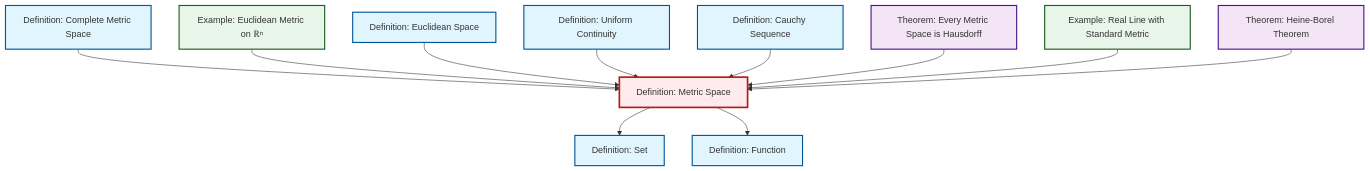
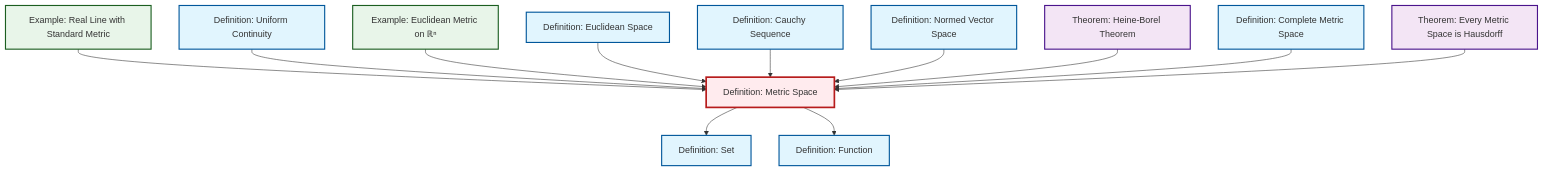
The diagram in content/ja/analysis/def-metric-space.qmd (RK0429/ModernMath), drawn with Mermaid before and after one commit. The commit also changed 581 other files, not shown here.

First line of the commit message:
feat: Add epimorphism definition and complete integral domain translations

````diff
--- a/content/ja/analysis/def-metric-space.qmd
+++ b/content/ja/analysis/def-metric-space.qmd
@@ -52,41 +52,44 @@
 ```{mermaid}
 %%| fig-cap: "Local dependency graph"
 graph TD
     classDef definition fill:#e1f5fe,stroke:#01579b,stroke-width:2px
     classDef theorem fill:#f3e5f5,stroke:#4a148c,stroke-width:2px
     classDef axiom fill:#fff3e0,stroke:#e65100,stroke-width:2px
     classDef example fill:#e8f5e9,stroke:#1b5e20,stroke-width:2px
     classDef current fill:#ffebee,stroke:#b71c1c,stroke-width:3px
-    def-cauchy-sequence["Definition: Cauchy Sequence"]:::definition
-    thm-metric-hausdorff["Theorem: Every Metric Space is Hausdorff"]:::theorem
+    def-normed-vector-space["Definition: Normed Vector Space"]:::definition
+    ex-real-line-metric["Example: Real Line with Standard Metric"]:::example
+    def-function["Definition: Function"]:::definition
     thm-heine-borel["Theorem: Heine-Borel Theorem"]:::theorem
-    def-complete-metric-space["Definition: Complete Metric Space"]:::definition
-    def-set["Definition: Set"]:::definition
-    def-function["Definition: Function"]:::definition
-    def-metric-space["Definition: Metric Space"]:::definition
-    ex-euclidean-metric["Example: Euclidean Metric on ℝⁿ"]:::example
-    ex-real-line-metric["Example: Real Line with Standard Metric"]:::example
     def-euclidean-space["Definition: Euclidean Space"]:::definition
     def-uniform-continuity["Definition: Uniform Continuity"]:::definition
+    thm-metric-hausdorff["Theorem: Every Metric Space is Hausdorff"]:::theorem
+    ex-euclidean-metric["Example: Euclidean Metric on ℝⁿ"]:::example
+    def-metric-space["Definition: Metric Space"]:::definition
+    def-cauchy-sequence["Definition: Cauchy Sequence"]:::definition
+    def-set["Definition: Set"]:::definition
+    def-complete-metric-space["Definition: Complete Metric Space"]:::definition
+    ex-real-line-metric --> def-metric-space
+    def-uniform-continuity --> def-metric-space
+    ex-euclidean-metric --> def-metric-space
+    def-euclidean-space --> def-metric-space
+    def-cauchy-sequence --> def-metric-space
     def-metric-space --> def-set
+    def-normed-vector-space --> def-metric-space
+    thm-heine-borel --> def-metric-space
+    def-metric-space --> def-function
     def-complete-metric-space --> def-metric-space
-    ex-euclidean-metric --> def-metric-space
-    def-metric-space --> def-function
-    def-euclidean-space --> def-metric-space
-    def-uniform-continuity --> def-metric-space
-    def-cauchy-sequence --> def-metric-space
     thm-metric-hausdorff --> def-metric-space
-    ex-real-line-metric --> def-metric-space
-    thm-heine-borel --> def-metric-space
     class def-metric-space current
-    click def-cauchy-sequence "def-cauchy-sequence.html" "Definition: Cauchy Sequenceへ"
-    click thm-metric-hausdorff "thm-metric-hausdorff.html" "Theorem: Every Metric Space is Hausdorffへ"
+    click def-normed-vector-space "def-normed-vector-space.html" "Definition: Normed Vector Spaceへ"
+    click ex-real-line-metric "ex-real-line-metric.html" "Example: Real Line with Standard Metricへ"
+    click def-function "def-function.html" "Definition: Functionへ"
     click thm-heine-borel "thm-heine-borel.html" "Theorem: Heine-Borel Theoremへ"
-    click def-complete-metric-space "def-complete-metric-space.html" "Definition: Complete Metric Spaceへ"
-    click def-set "def-set.html" "Definition: Setへ"
-    click def-function "def-function.html" "Definition: Functionへ"
-    click ex-euclidean-metric "ex-euclidean-metric.html" "Example: Euclidean Metric on ℝⁿへ"
-    click ex-real-line-metric "ex-real-line-metric.html" "Example: Real Line with Standard Metricへ"
     click def-euclidean-space "def-euclidean-space.html" "Definition: Euclidean Spaceへ"
     click def-uniform-continuity "def-uniform-continuity.html" "Definition: Uniform Continuityへ"
+    click thm-metric-hausdorff "thm-metric-hausdorff.html" "Theorem: Every Metric Space is Hausdorffへ"
+    click ex-euclidean-metric "ex-euclidean-metric.html" "Example: Euclidean Metric on ℝⁿへ"
+    click def-cauchy-sequence "def-cauchy-sequence.html" "Definition: Cauchy Sequenceへ"
+    click def-set "def-set.html" "Definition: Setへ"
+    click def-complete-metric-space "def-complete-metric-space.html" "Definition: Complete Metric Spaceへ"
 ```
````
